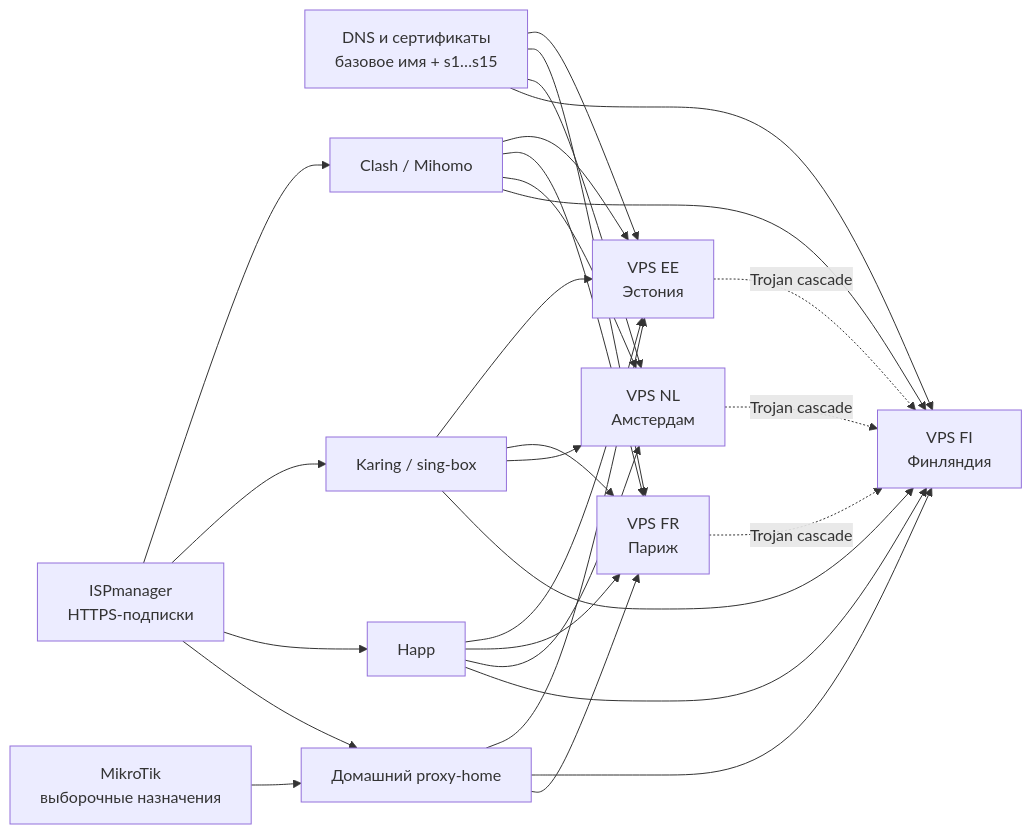
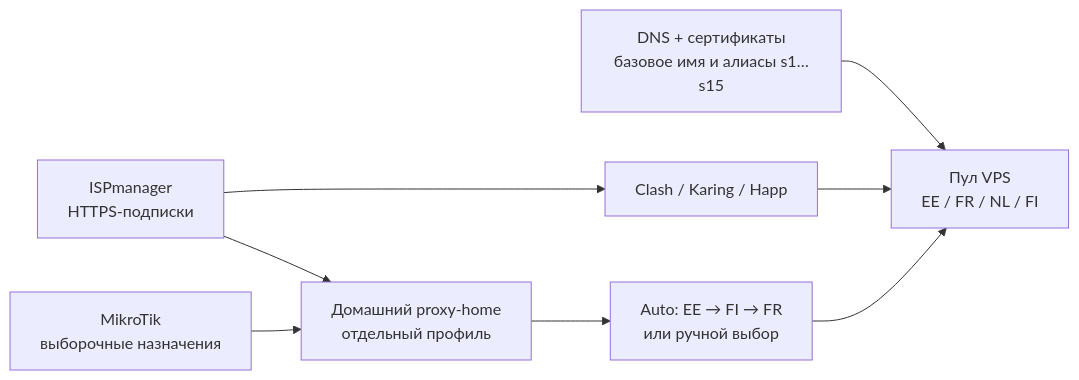
One commit to lvipa/vpn-proxy-architecture changed the first of 2 diagrams in README.md. Above: the diagram before and after it, drawn with Mermaid. The commit also changed other lines of this file, not shown here.

Commit message:
Simplify public VPS architecture diagram

````diff
--- a/README.md
+++ b/README.md
@@ -11,30 +11,10 @@
 ```mermaid
 flowchart LR
-    DNS[DNS и сертификаты<br/>базовое имя + s1…s15] --> EE[VPS EE<br/>Эстония]
-    DNS --> FR[VPS FR<br/>Париж]
-    DNS --> NL[VPS NL<br/>Амстердам]
-    DNS --> FI[VPS FI<br/>Финляндия]
-    ISP[ISPmanager<br/>HTTPS-подписки] --> PC[Clash / Mihomo]
-    ISP --> PS[Karing / sing-box]
-    ISP --> PH[Happ]
-    ISP --> GW[Домашний proxy-home]
-    PC --> EE
-    PC --> FR
-    PC --> NL
-    PC --> FI
-    PS --> EE
-    PS --> FR
-    PS --> NL
-    PS --> FI
-    PH --> EE
-    PH --> FR
-    PH --> NL
-    PH --> FI
+    DNS[DNS + сертификаты<br/>базовое имя и алиасы s1…s15] --> VPS[Пул VPS<br/>EE / FR / NL / FI]
+    ISP[ISPmanager<br/>HTTPS-подписки] --> CLIENTS[Clash / Karing / Happ]
+    CLIENTS --> VPS
+    ISP --> GW[Домашний proxy-home<br/>отдельный профиль]
     MT[MikroTik<br/>выборочные назначения] --> GW
-    GW --> EE
-    GW --> FI
-    GW --> FR
-    EE -. Trojan cascade .-> FI
-    FR -. Trojan cascade .-> FI
-    NL -. Trojan cascade .-> FI
+    GW --> AUTO[Auto: EE → FI → FR<br/>или ручной выбор]
+    AUTO --> VPS
 ```
````
